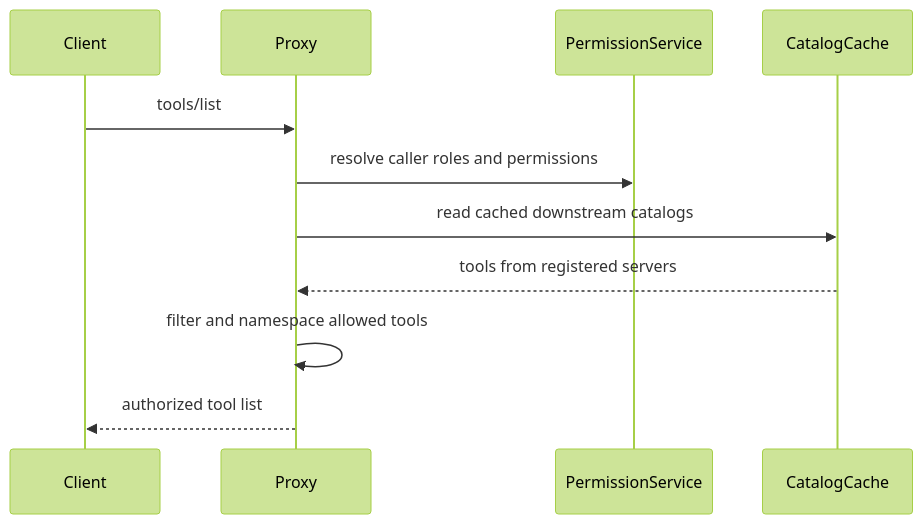
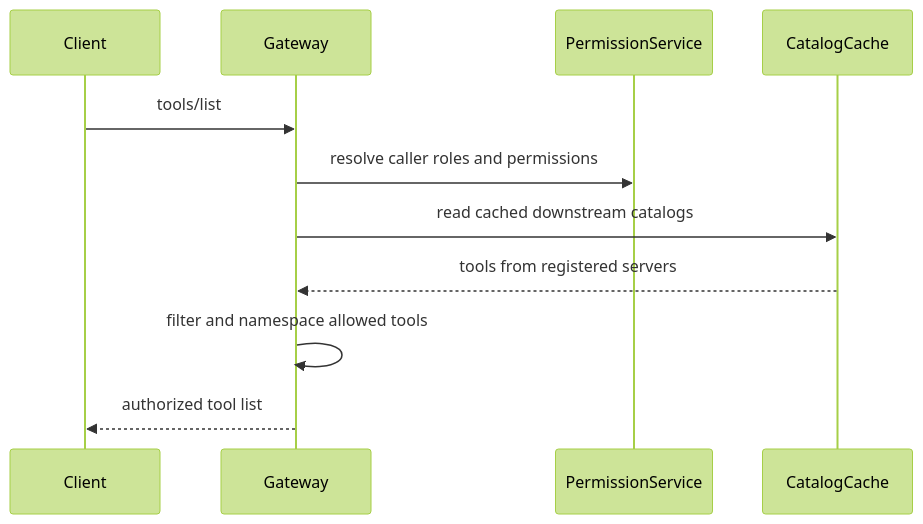
One commit to theonemule/MCP-Proxy changed the third of 9 diagrams in docs/ARCHITECTURE.md. Above: the diagram before and after it, drawn with Mermaid (forest theme). The commit also changed other lines of this file and 130 other files, not shown here.

```diff
--- a/docs/ARCHITECTURE.md
+++ b/docs/ARCHITECTURE.md
@@ -142,14 +145,14 @@
 ~~~mermaid
 sequenceDiagram
     participant Client
-    participant Proxy
+    participant Gateway
     participant Perm as PermissionService
     participant Cache as CatalogCache
 
-    Client->>Proxy: tools/list
-    Proxy->>Perm: resolve caller roles and permissions
-    Proxy->>Cache: read cached downstream catalogs
-    Cache-->>Proxy: tools from registered servers
-    Proxy->>Proxy: filter and namespace allowed tools
-    Proxy-->>Client: authorized tool list
+    Client->>Gateway: tools/list
+    Gateway->>Perm: resolve caller roles and permissions
+    Gateway->>Cache: read cached downstream catalogs
+    Cache-->>Gateway: tools from registered servers
+    Gateway->>Gateway: filter and namespace allowed tools
+    Gateway-->>Client: authorized tool list
 ~~~
```
